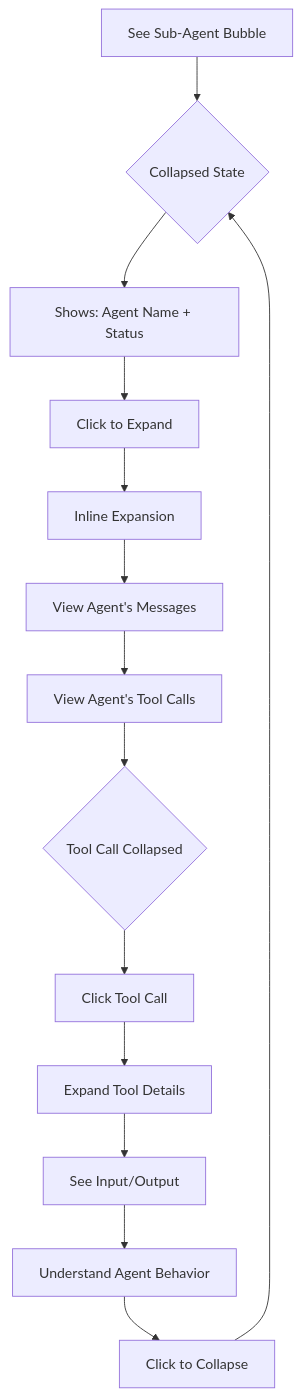
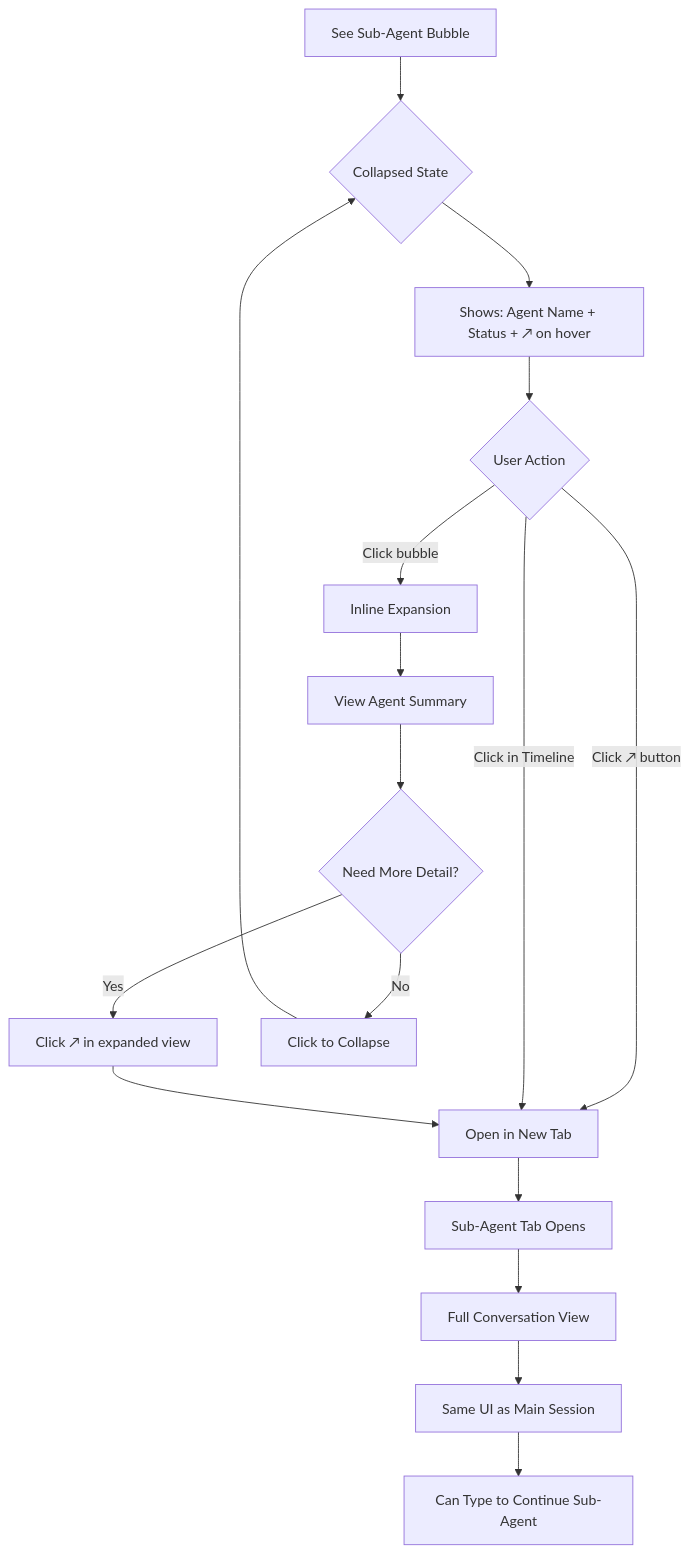
The fourth of 5 diagrams in _bmad-output/planning-artifacts/ux-design-specification.md (michaellinhardt/grimoire), drawn with Mermaid before and after one commit. The commit also changed other lines of this file and 6 other files, not shown here.

````diff
--- a/_bmad-output/planning-artifacts/ux-design-specification.md
+++ b/_bmad-output/planning-artifacts/ux-design-specification.md
@@ -732,16 +732,19 @@
 ```mermaid
 flowchart TD
     A[See Sub-Agent Bubble] --> B{Collapsed State}
-    B --> C[Shows: Agent Name + Status]
-    C --> D[Click to Expand]
-    D --> E[Inline Expansion]
-    E --> F[View Agent's Messages]
-    F --> G[View Agent's Tool Calls]
-    G --> H{Tool Call Collapsed}
-    H --> I[Click Tool Call]
-    I --> J[Expand Tool Details]
-    J --> K[See Input/Output]
-    K --> L[Understand Agent Behavior]
-    L --> M[Click to Collapse]
-    M --> B
+    B --> C[Shows: Agent Name + Status + ↗ on hover]
+    C --> D{User Action}
+    D -->|Click bubble| E[Inline Expansion]
+    D -->|Click ↗ button| F[Open in New Tab]
+    D -->|Click in Timeline| F
+    E --> G[View Agent Summary]
+    G --> H{Need More Detail?}
+    H -->|Yes| I[Click ↗ in expanded view]
+    I --> F
+    H -->|No| J[Click to Collapse]
+    J --> B
+    F --> K[Sub-Agent Tab Opens]
+    K --> L[Full Conversation View]
+    L --> M[Same UI as Main Session]
+    M --> N[Can Type to Continue Sub-Agent]
 ```
````
